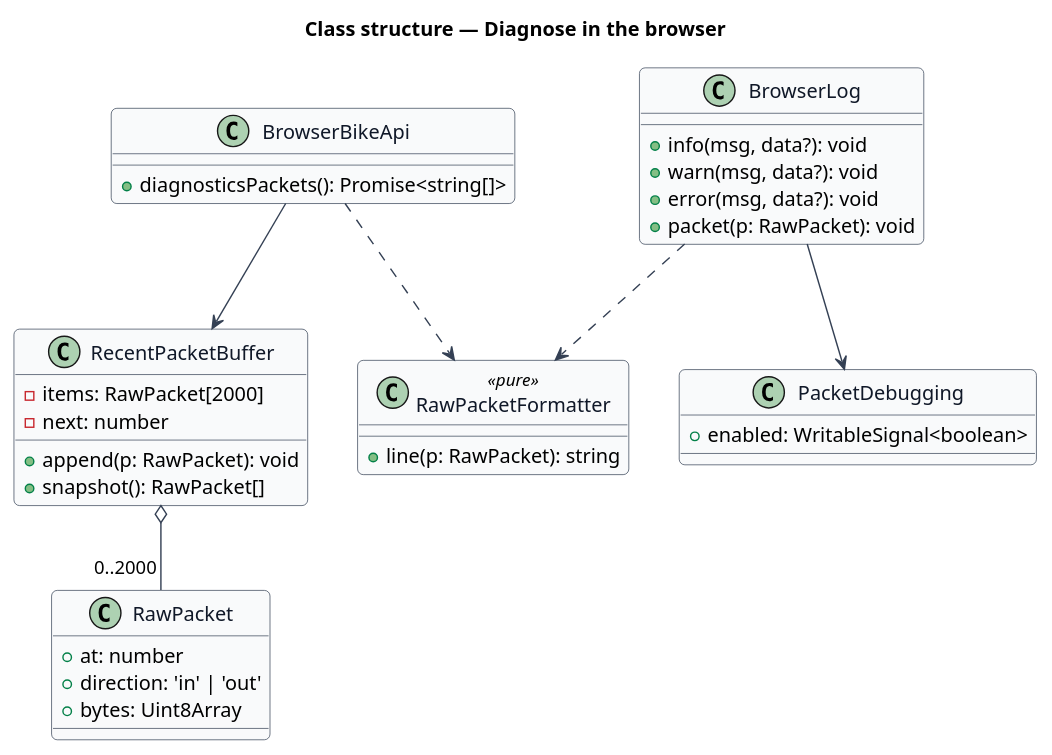
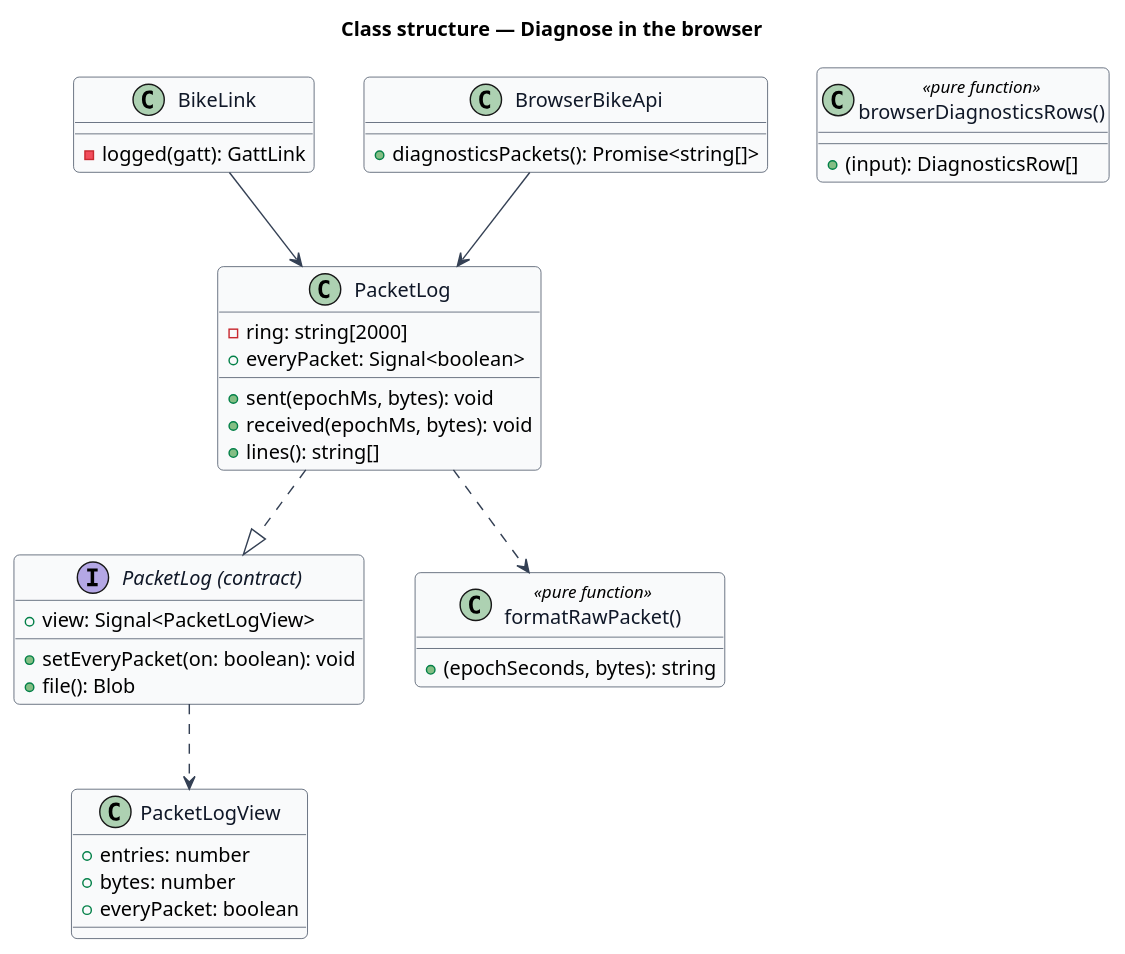
Before and after one commit to QuinntyneBrown/ride-one: the diagram in docs/detailed-designs/browser-edition/diagnose-in-browser/diagrams/class-structure.puml, drawn with PlantUML. The commit also changed 27 other files, not shown here.

First line of the commit message:
Diagnose the bike in the browser edition (L2-095)

```diff
--- a/docs/detailed-designs/browser-edition/diagnose-in-browser/diagrams/class-structure.puml
+++ b/docs/detailed-designs/browser-edition/diagnose-in-browser/diagrams/class-structure.puml
@@ -1,45 +1,48 @@
 @startuml
 skinparam backgroundColor #FFFFFF
 skinparam shadowing false
 skinparam roundcorner 8
 skinparam defaultFontName Arial
 skinparam ArrowColor #344054
 skinparam class {
   BorderColor #344054
   FontColor #101828
   BackgroundColor #F9FAFB
 }
 title Class structure — Diagnose in the browser
 
-class RawPacket {
-  +at: number
-  +direction: 'in' | 'out'
-  +bytes: Uint8Array
+interface "PacketLog (contract)" as Contract {
+  +view: Signal<PacketLogView>
+  +setEveryPacket(on: boolean): void
+  +file(): Blob
 }
-class RecentPacketBuffer {
-  -items: RawPacket[2000]
-  -next: number
-  +append(p: RawPacket): void
-  +snapshot(): RawPacket[]
+class PacketLogView {
+  +entries: number
+  +bytes: number
+  +everyPacket: boolean
 }
-class RawPacketFormatter <<pure>> {
-  +line(p: RawPacket): string
+class PacketLog {
+  -ring: string[2000]
+  +everyPacket: Signal<boolean>
+  +sent(epochMs, bytes): void
+  +received(epochMs, bytes): void
+  +lines(): string[]
 }
-class PacketDebugging {
-  +enabled: WritableSignal<boolean>
+class "formatRawPacket()" as fmt <<pure function>> {
+  +(epochSeconds, bytes): string
 }
-class BrowserLog {
-  +info(msg, data?): void
-  +warn(msg, data?): void
-  +error(msg, data?): void
-  +packet(p: RawPacket): void
+class BikeLink {
+  -logged(gatt): GattLink
 }
 class BrowserBikeApi {
   +diagnosticsPackets(): Promise<string[]>
 }
-RecentPacketBuffer o-- "0..2000" RawPacket
-BrowserBikeApi --> RecentPacketBuffer
-BrowserBikeApi ..> RawPacketFormatter
-BrowserLog --> PacketDebugging
-BrowserLog ..> RawPacketFormatter
+class "browserDiagnosticsRows()" as rows <<pure function>> {
+  +(input): DiagnosticsRow[]
+}
+PacketLog ..|> Contract
+Contract ..> PacketLogView
+PacketLog ..> fmt
+BikeLink --> PacketLog
+BrowserBikeApi --> PacketLog
 @enduml
```
